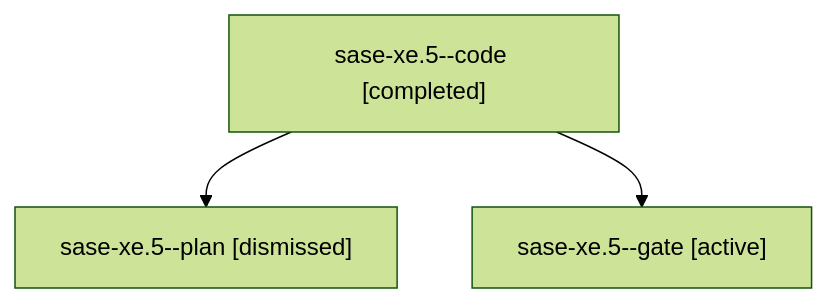
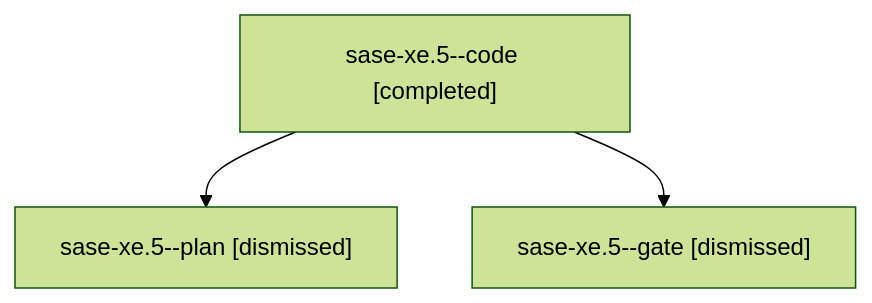
Before and after one commit to sase-org/sase--agents: the diagram in sessions/bbugyi200.athena.sase-xe.5.md, drawn with Mermaid (forest theme). The commit also changed other lines of this file and 323 other files, not shown here.

````diff
--- a/sessions/bbugyi200.athena.sase-xe.5.md
+++ b/sessions/bbugyi200.athena.sase-xe.5.md
@@ -9,8 +9,8 @@
 ```mermaid
 flowchart TD
   n0["sase-xe.5--code [completed]"]
   n1["sase-xe.5--plan [dismissed]"]
   n0 --> n1
-  n2["sase-xe.5--gate [active]"]
+  n2["sase-xe.5--gate [dismissed]"]
   n0 --> n2
 ```
````
